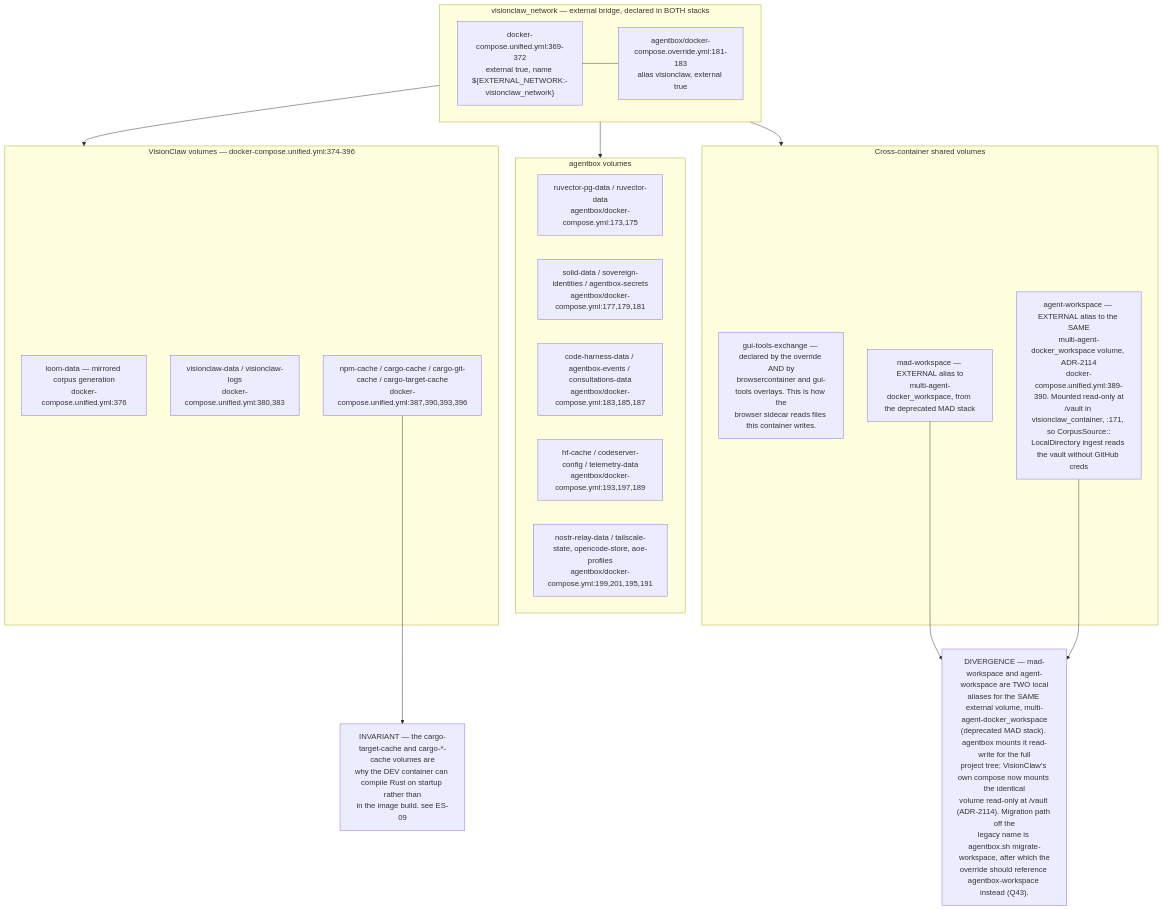
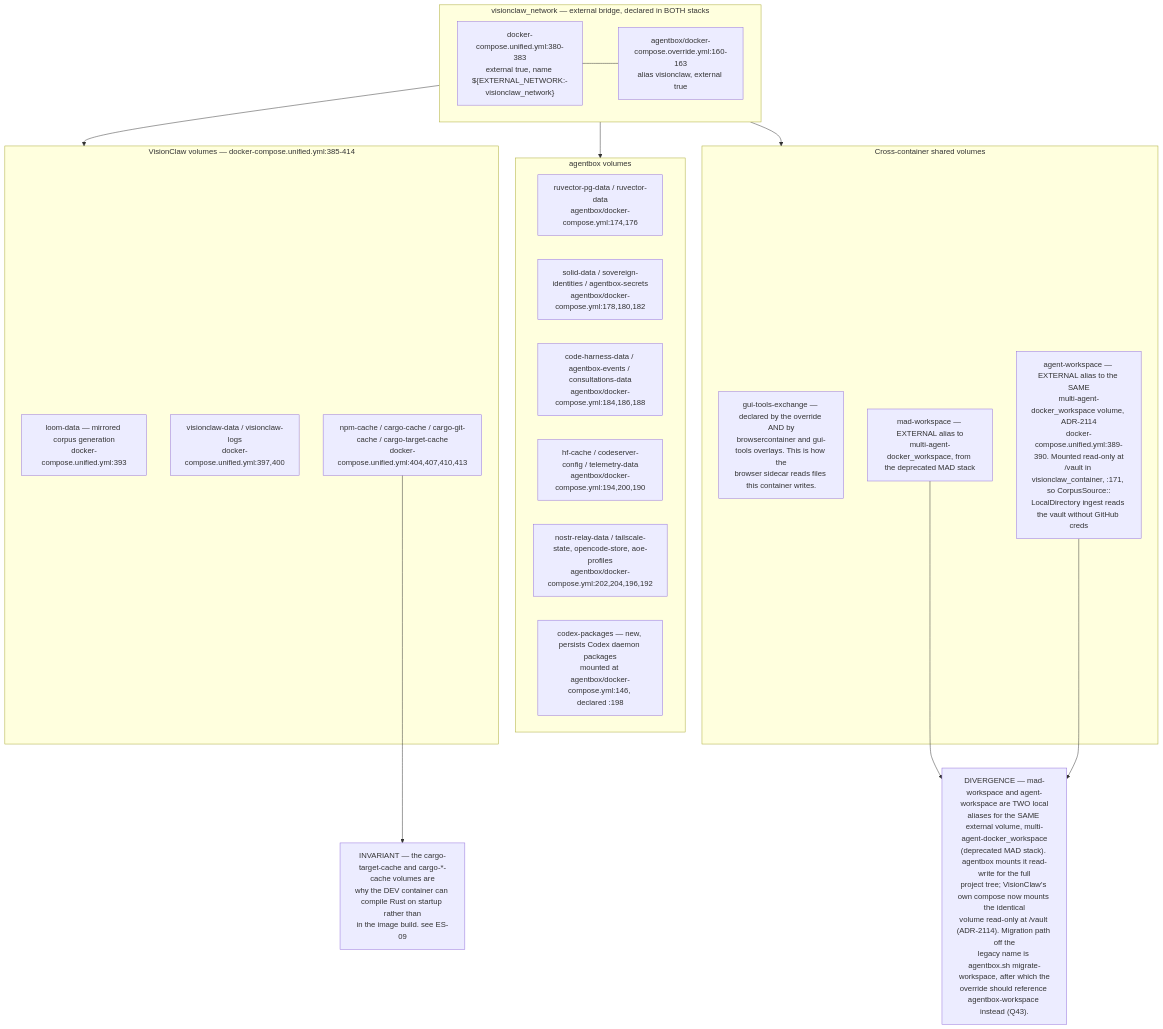
One commit to DreamLab-AI/VisionFlow changed the fourth of 8 diagrams in docs/diagrams/estate/01-estate-topology.md. Above: the diagram before and after it, drawn with Mermaid. The commit also changed other lines of this file and 94 other files, not shown here.

First line of the commit message:
docs(diagrams): re-verify 130 topics against 2 October HEADs

````diff
--- a/docs/diagrams/estate/01-estate-topology.md
+++ b/docs/diagrams/estate/01-estate-topology.md
@@ -166,36 +166,37 @@
 ```mermaid
 flowchart TB
     subgraph net["visionclaw_network — external bridge, declared in BOTH stacks"]
-        N1["docker-compose.unified.yml:369-372<br/>external true, name ${EXTERNAL_NETWORK:-visionclaw_network}"]
-        N2["agentbox/docker-compose.override.yml:181-183<br/>alias visionclaw, external true"]
+        N1["docker-compose.unified.yml:380-383<br/>external true, name ${EXTERNAL_NETWORK:-visionclaw_network}"]
+        N2["agentbox/docker-compose.override.yml:160-163<br/>alias visionclaw, external true"]
     end
-    subgraph vcvol["VisionClaw volumes — docker-compose.unified.yml:374-396"]
-        V1["loom-data — mirrored corpus generation<br/>docker-compose.unified.yml:376"]
-        V2["visionclaw-data / visionclaw-logs<br/>docker-compose.unified.yml:380,383"]
-        V3["npm-cache / cargo-cache / cargo-git-cache / cargo-target-cache<br/>docker-compose.unified.yml:387,390,393,396"]
+    subgraph vcvol["VisionClaw volumes — docker-compose.unified.yml:385-414"]
+        V1["loom-data — mirrored corpus generation<br/>docker-compose.unified.yml:393"]
+        V2["visionclaw-data / visionclaw-logs<br/>docker-compose.unified.yml:397,400"]
+        V3["npm-cache / cargo-cache / cargo-git-cache / cargo-target-cache<br/>docker-compose.unified.yml:404,407,410,413"]
     end
     subgraph abvol["agentbox volumes"]
-        W1["ruvector-pg-data / ruvector-data<br/>agentbox/docker-compose.yml:173,175"]
-        W2["solid-data / sovereign-identities / agentbox-secrets<br/>agentbox/docker-compose.yml:177,179,181"]
-        W3["code-harness-data / agentbox-events / consultations-data<br/>agentbox/docker-compose.yml:183,185,187"]
-        W4["hf-cache / codeserver-config / telemetry-data<br/>agentbox/docker-compose.yml:193,197,189"]
-        W5["nostr-relay-data / tailscale-state, opencode-store, aoe-profiles<br/>agentbox/docker-compose.yml:199,201,195,191"]
+        W1["ruvector-pg-data / ruvector-data<br/>agentbox/docker-compose.yml:174,176"]
+        W2["solid-data / sovereign-identities / agentbox-secrets<br/>agentbox/docker-compose.yml:178,180,182"]
+        W3["code-harness-data / agentbox-events / consultations-data<br/>agentbox/docker-compose.yml:184,186,188"]
+        W4["hf-cache / codeserver-config / telemetry-data<br/>agentbox/docker-compose.yml:194,200,190"]
+        W5["nostr-relay-data / tailscale-state, opencode-store, aoe-profiles<br/>agentbox/docker-compose.yml:202,204,196,192"]
+        W6["codex-packages — new, persists Codex daemon packages<br/>mounted at agentbox/docker-compose.yml:146, declared :198"]
     end
     subgraph shared["Cross-container shared volumes"]
         S1["gui-tools-exchange — declared by the override AND by<br/>browsercontainer and gui-tools overlays. This is how the<br/>browser sidecar reads files this container writes."]
         S2["mad-workspace — EXTERNAL alias to<br/>multi-agent-docker_workspace, from the deprecated MAD stack"]
         S3["agent-workspace — EXTERNAL alias to the SAME<br/>multi-agent-docker_workspace volume, ADR-2114<br/>docker-compose.unified.yml:389-390. Mounted read-only at<br/>/vault in visionclaw_container, :171, so CorpusSource::<br/>LocalDirectory ingest reads the vault without GitHub creds"]
     end
 
     N1 --- N2
     net --> vcvol
     net --> abvol
     net --> shared
 
     D1["DIVERGENCE — mad-workspace and agent-workspace are TWO local<br/>aliases for the SAME external volume, multi-agent-docker_workspace<br/>(deprecated MAD stack). agentbox mounts it read-write for the full<br/>project tree; VisionClaw's own compose now mounts the identical<br/>volume read-only at /vault (ADR-2114). Migration path off the<br/>legacy name is agentbox.sh migrate-workspace, after which the<br/>override should reference agentbox-workspace instead (Q43)."]
     INV["INVARIANT — the cargo-target-cache and cargo-*-cache volumes are<br/>why the DEV container can compile Rust on startup rather than<br/>in the image build. see ES-09"]
 
     S2 --> D1
     S3 --> D1
     V3 --> INV
 ```
````
